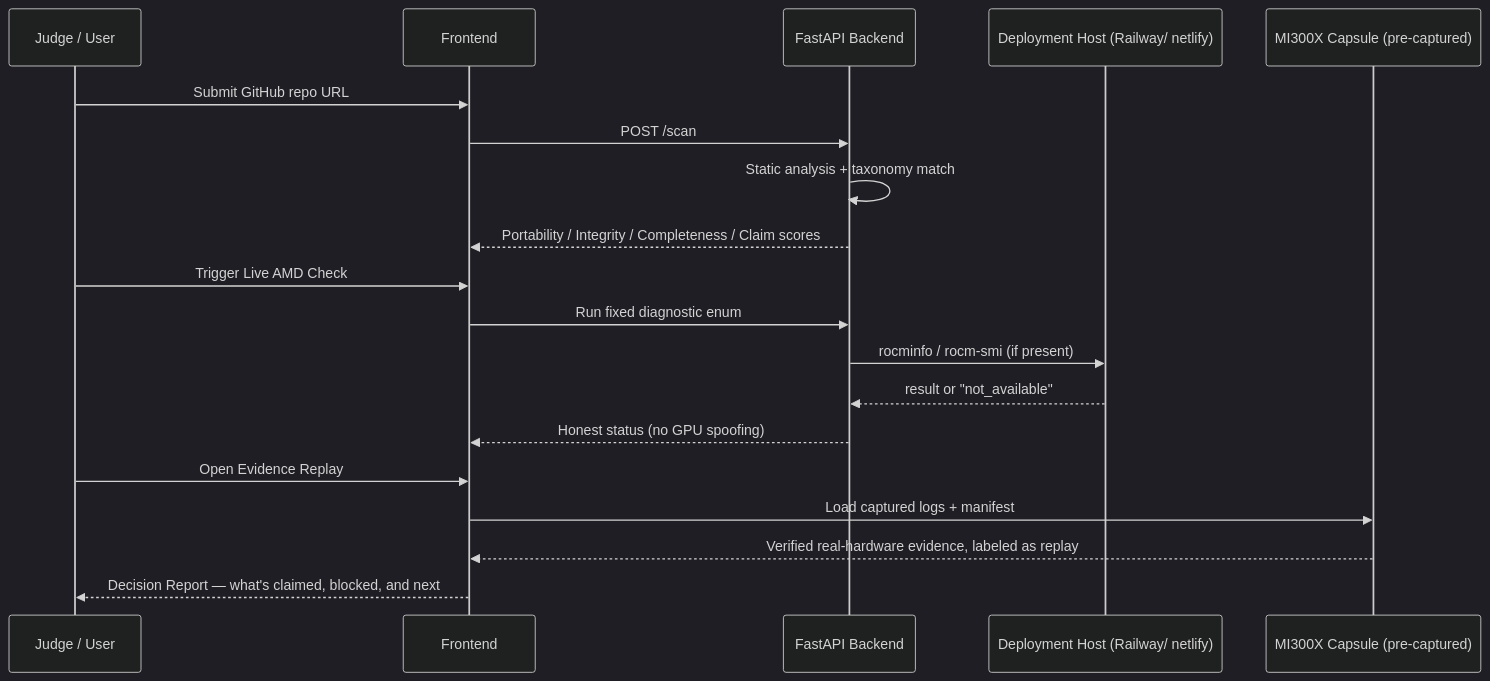
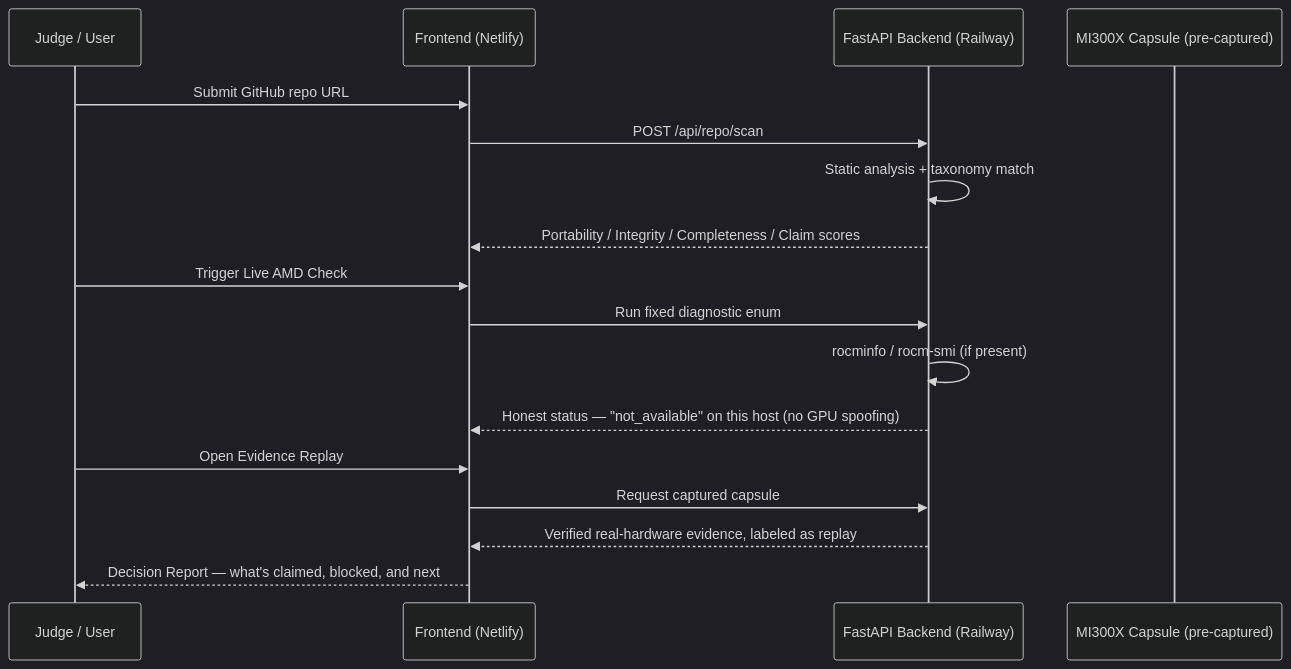
One commit to FabianS10/Reaper-Eagle-Forge-AMD-readiness-cockpit changed the third of 4 diagrams in README.md. Above: the diagram before and after it, drawn with Mermaid (dark theme). The commit also changed other lines of this file, not shown here.

First line of the commit message:
Clarify Docker Compose and deployment details in README

````diff
--- a/README.md
+++ b/README.md
@@ -152,22 +152,20 @@
 ```mermaid
 sequenceDiagram
     participant Judge as Judge / User
-    participant UI as Frontend
-    participant API as FastAPI Backend
-    participant Host as Deployment Host (Railway/ netlify)
+    participant UI as Frontend (Netlify)
+    participant API as FastAPI Backend (Railway)
     participant MI300X as MI300X Capsule (pre-captured)
 
     Judge->>UI: Submit GitHub repo URL
-    UI->>API: POST /scan
+    UI->>API: POST /api/repo/scan
     API->>API: Static analysis + taxonomy match
     API-->>UI: Portability / Integrity / Completeness / Claim scores
     Judge->>UI: Trigger Live AMD Check
     UI->>API: Run fixed diagnostic enum
-    API->>Host: rocminfo / rocm-smi (if present)
-    Host-->>API: result or "not_available"
-    API-->>UI: Honest status (no GPU spoofing)
+    API->>API: rocminfo / rocm-smi (if present)
+    API-->>UI: Honest status — "not_available" on this host (no GPU spoofing)
     Judge->>UI: Open Evidence Replay
-    UI->>MI300X: Load captured logs + manifest
-    MI300X-->>UI: Verified real-hardware evidence, labeled as replay
+    UI->>API: Request captured capsule
+    API-->>UI: Verified real-hardware evidence, labeled as replay
     UI-->>Judge: Decision Report — what's claimed, blocked, and next
 ```
````
